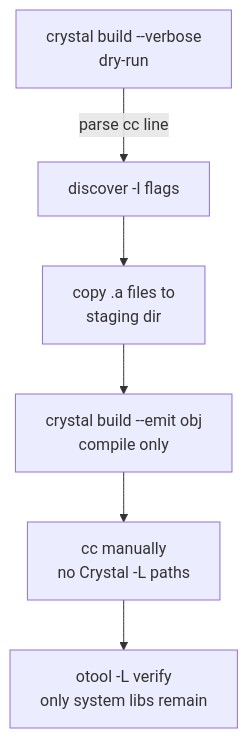
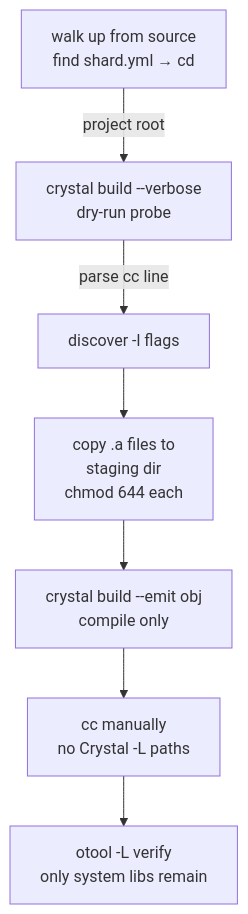
One commit to nogginly/crystal-build-tools changed the diagram in docs/macos-static-linking.md. Above: the diagram before and after it, drawn with Mermaid. The commit also changed other lines of this file and 20 other files, not shown here.

````diff
--- a/docs/macos-static-linking.md
+++ b/docs/macos-static-linking.md
@@ -245,8 +249,9 @@
 ```mermaid
 flowchart TD
-    A[crystal build --verbose\ndry-run] -->|parse cc line| B[discover -l flags]
-    B --> C[copy .a files to\nstaging dir]
-    C --> D[crystal build --emit obj\ncompile only]
-    D --> E[cc manually\nno Crystal -L paths]
-    E --> F[otool -L verify\nonly system libs remain]
+    A[walk up from source\nfind shard.yml → cd] -->|project root| B[crystal build --verbose\ndry-run probe]
+    B -->|parse cc line| C[discover -l flags]
+    C --> D[copy .a files to\nstaging dir\nchmod 644 each]
+    D --> E[crystal build --emit obj\ncompile only]
+    E --> F[cc manually\nno Crystal -L paths]
+    F --> G[otool -L verify\nonly system libs remain]
 ```
````
